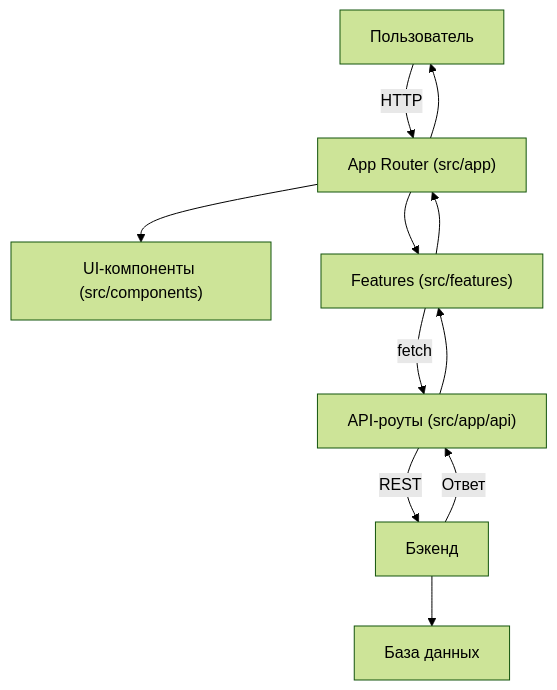
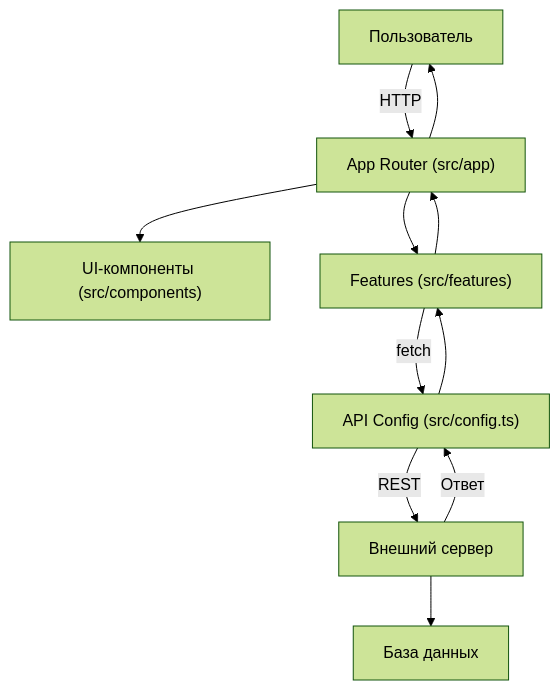
Before and after one commit to WorkTechDevelop/frontend: the third of 6 diagrams in README.md, drawn with Mermaid (forest theme). The commit also changed other lines of this file and 2 other files, not shown here.

Commit message:
Refactor README.md to update API integration details, replacing references to internal API routes with external REST API configuration. Remove obsolete API route files to streamline project structure and enhance clarity on data flow and server interactions.

````diff
--- a/README.md
+++ b/README.md
@@ -198,21 +198,21 @@
 ```mermaid
 flowchart TD
   User["Пользователь"]
   App["App Router (src/app)"]
   UI["UI-компоненты (src/components)"]
   Features["Features (src/features)"]
-  API["API-роуты (src/app/api)"]
-  Server["Бэкенд"]
+  Config["API Config (src/config.ts)"]
+  Server["Внешний сервер"]
   DB["База данных"]
 
   User -->|"HTTP"| App
   App --> UI
   App --> Features
-  Features -->|"fetch"| API
-  API -->|"REST"| Server
+  Features -->|"fetch"| Config
+  Config -->|"REST"| Server
   Server --> DB
-  Server -->|"Ответ"| API
-  API --> Features
+  Server -->|"Ответ"| Config
+  Config --> Features
   Features --> App
   App --> User
 ```
````
